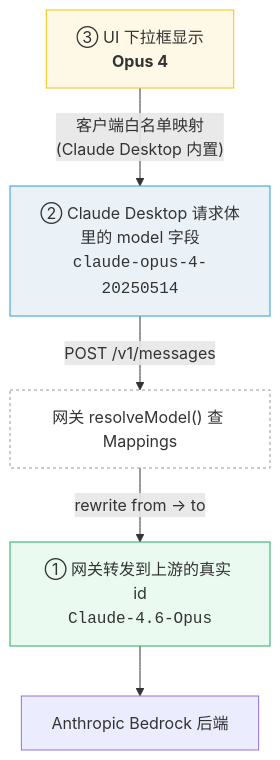
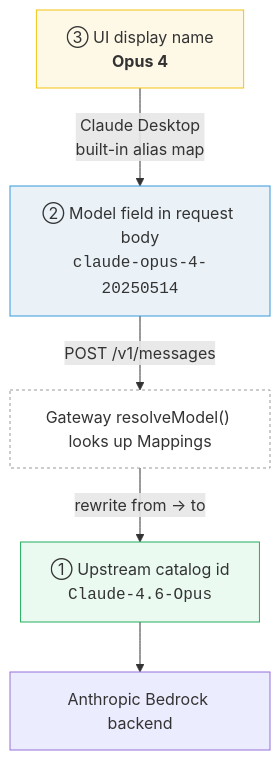
One commit to pengyanai/notebook changed the fourth of 5 diagrams in posts/2026-05-07-claude-desktop-third-party-inference.md. Above: the diagram before and after it, drawn with Mermaid. The commit also changed other lines of this file, not shown here.

First line of the commit message:
docs: Claude Desktop 3p 文章 — mermaid 全英化 + 补充官方文档

````diff
--- a/posts/2026-05-07-claude-desktop-third-party-inference.md
+++ b/posts/2026-05-07-claude-desktop-third-party-inference.md
@@ -172,18 +172,18 @@
 ```mermaid
 flowchart TD
-    U["③ UI 下拉框显示<br/><b>Opus 4</b>"]
-    P["② Claude Desktop 请求体里的 model 字段<br/><code>claude-opus-4-20250514</code>"]
-    G["网关 resolveModel() 查 Mappings"]
-    I["① 网关转发到上游的真实 id<br/><code>Claude-4.6-Opus</code>"]
-    B["Anthropic Bedrock 后端"]
+    U["③ UI display name<br/><b>Opus 4</b>"]
+    P["② Model field in request body<br/><code>claude-opus-4-20250514</code>"]
+    G["Gateway resolveModel() looks up Mappings"]
+    I["① Upstream catalog id<br/><code>Claude-4.6-Opus</code>"]
+    B["Anthropic Bedrock backend"]
 
-    U -->|"客户端白名单映射<br/>(Claude Desktop 内置)"| P
+    U -->|"Claude Desktop<br/>built-in alias map"| P
     P -->|"POST /v1/messages"| G
     G -->|"rewrite from → to"| I
     I --> B
 
     style U fill:#fef9e7,stroke:#f1c40f
     style P fill:#eaf2f8,stroke:#3498db
     style I fill:#eafaf1,stroke:#27ae60
     style G fill:#fff,stroke:#999,stroke-dasharray:3
 ```
````
